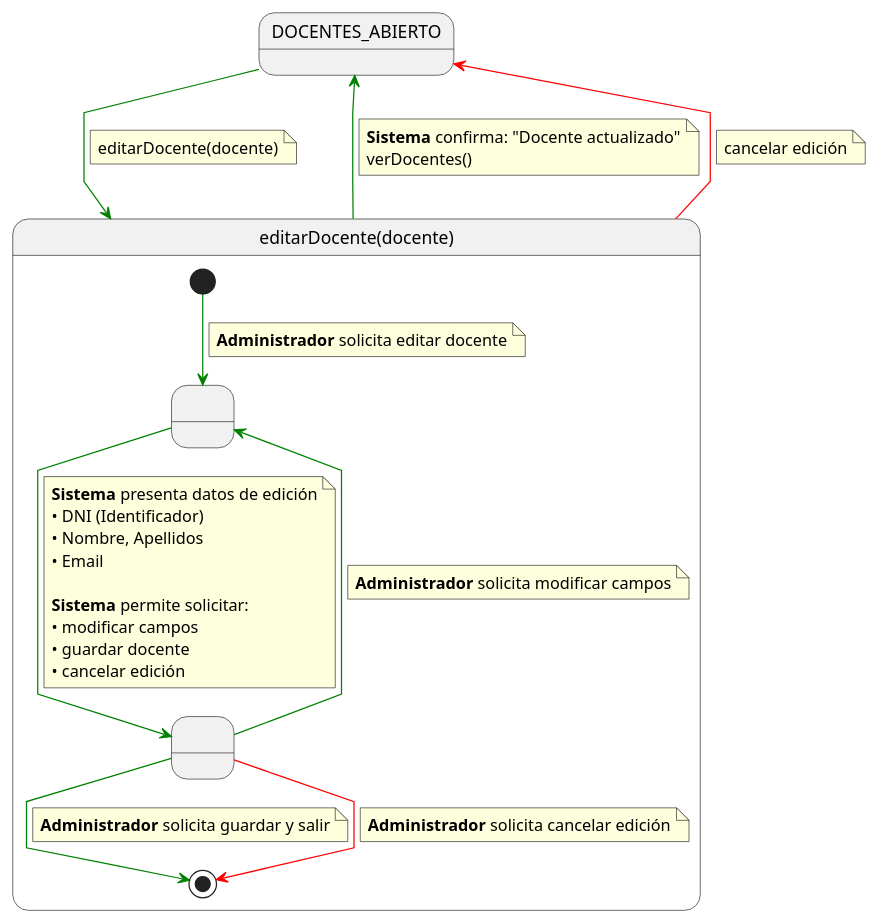
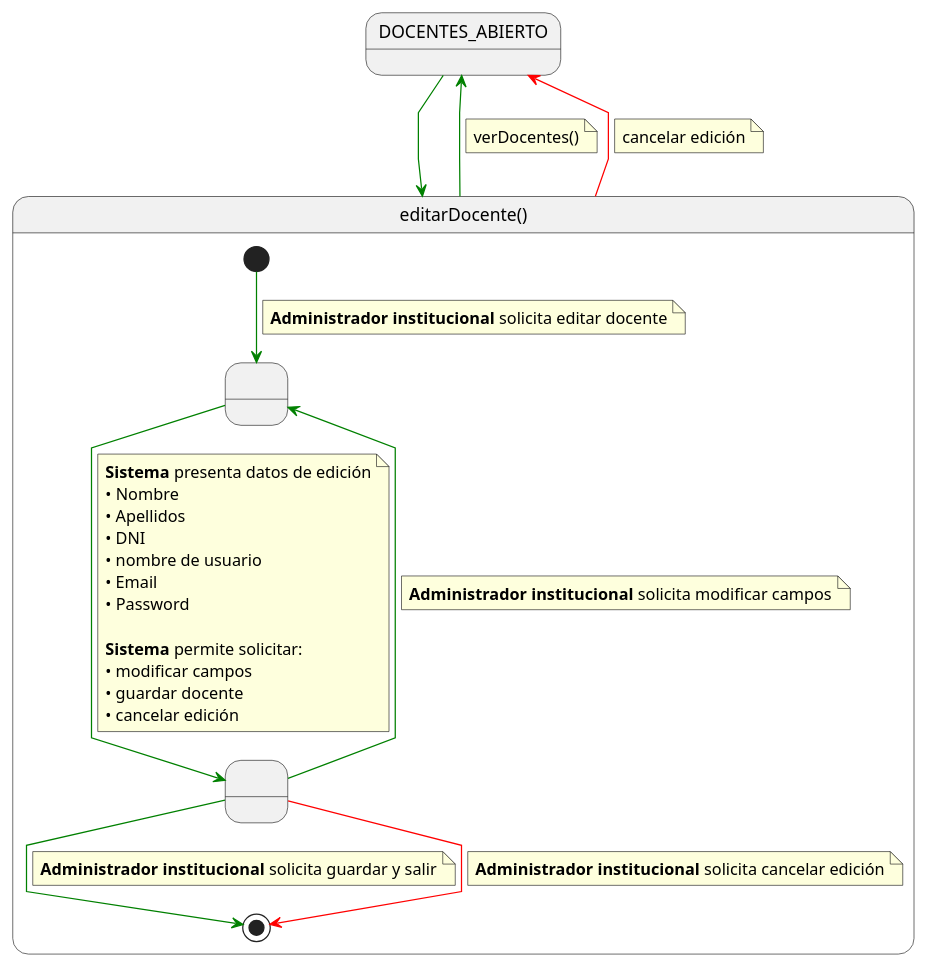
The diagram in documents/casos-de-uso/detalladoCasosDeUso/editarDocente/editarDocente.puml (martinlopez7/25-26-IdSw1-SdR), drawn with PlantUML before and after one commit. The commit also changed 13 other files, not shown here.

```diff
--- a/documents/casos-de-uso/detalladoCasosDeUso/editarDocente/editarDocente.puml
+++ b/documents/casos-de-uso/detalladoCasosDeUso/editarDocente/editarDocente.puml
@@ -1,70 +1,60 @@
 @startuml
 skinparam linetype polyline
 
-' 1. ESTADO PREVIO (Contexto de origen: Listado de Docentes)
 state DOCENTES_ABIERTO
 
-' 2. ENTRADA AL CASO DE USO
 DOCENTES_ABIERTO -[#green]-> editarDocente
-note on link
-editarDocente(docente)
-end note
 
-' 3. DETALLE DEL PROCESO
-state editarDocente as "editarDocente(docente)" {
+state editarDocente as "editarDocente()" {
 
     state " " as EditandoDatos
     state " " as GuardandoDatos 
 
     [*] -[#green]-> EditandoDatos 
     note on link
-    <b>Administrador</b> solicita editar docente
+    <b>Administrador institucional</b> solicita editar docente
     end note    
     
     EditandoDatos -[#green]-> GuardandoDatos
     note on link
     <b>Sistema</b> presenta datos de edición
-    • DNI (Identificador)
-    • Nombre, Apellidos
-    • Email
+    • Nombre 
+    • Apellidos 
+    • DNI 
+    • nombre de usuario 
+    • Email 
+    • Password
     
     <b>Sistema</b> permite solicitar:
     • modificar campos
     • guardar docente
     • cancelar edición
     end note
     
-    ' Ciclo de modificación (Patrón Interactivo)
     GuardandoDatos -[#green]-> EditandoDatos
     note on link
-    <b>Administrador</b> solicita modificar campos
+    <b>Administrador institucional</b> solicita modificar campos
     end note
     
-    ' Salida Exitosa (Interna)
     GuardandoDatos -[#green]-> [*]
     note on link
-    <b>Administrador</b> solicita guardar y salir
+    <b>Administrador institucional</b> solicita guardar y salir
     end note
 
-    ' Salida Cancelada (Interna)
     GuardandoDatos -[#red]-> [*]
     note on link
-    <b>Administrador</b> solicita cancelar edición
+    <b>Administrador institucional</b> solicita cancelar edición
     end note
 }
 
-' 4. SALIDAS EXTERNAS
-
-' Salida Exitosa con CONFIRMACIÓN
 editarDocente -[#green]-> DOCENTES_ABIERTO
 note on link
-<b>Sistema</b> confirma: "Docente actualizado"
 verDocentes()
 end note
 
-' Salida Cancelada
 editarDocente -[#red]-> DOCENTES_ABIERTO
 note on link
 cancelar edición
 end note
+
 @enduml
```
